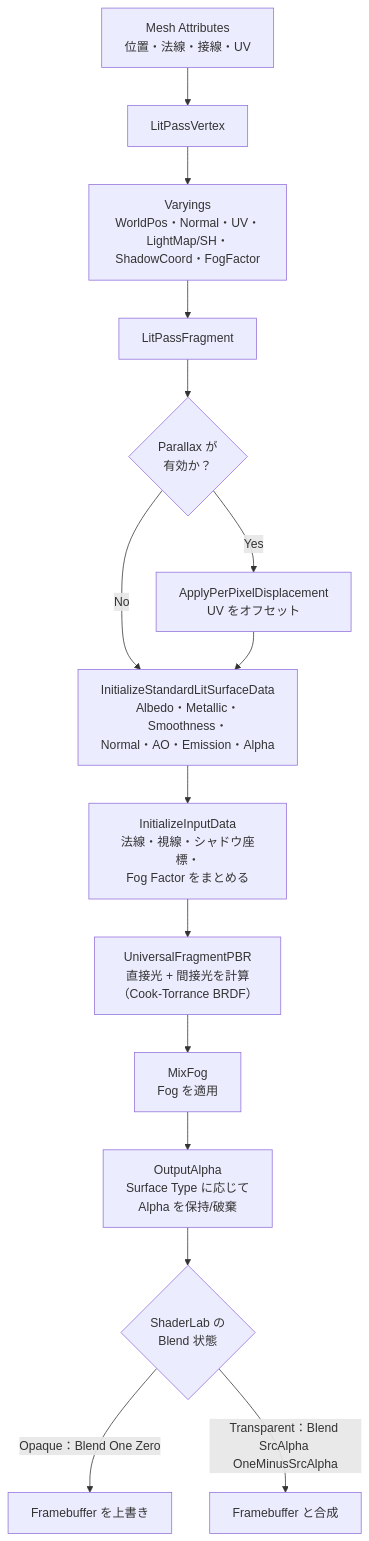
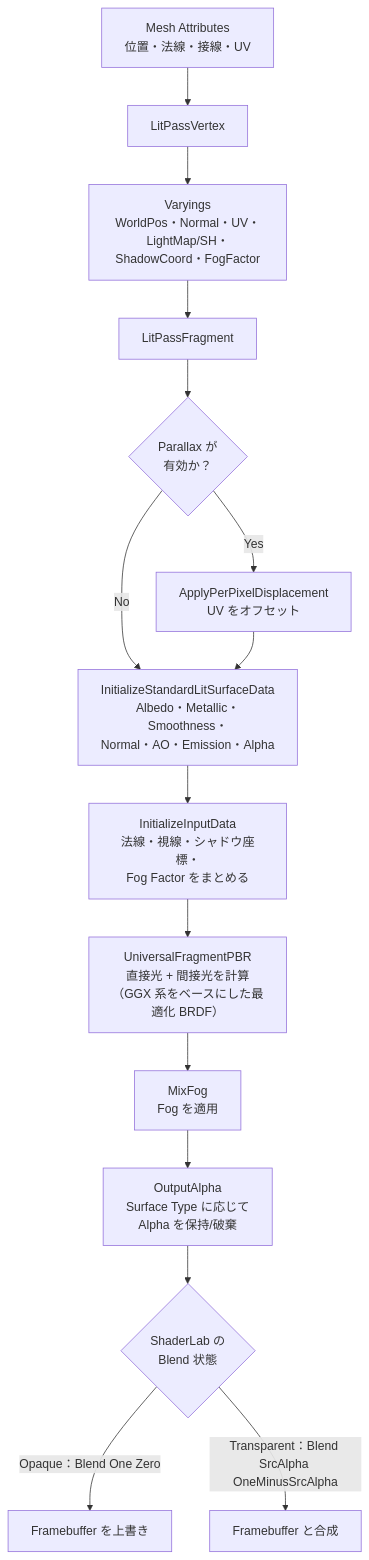
One commit to jshimura-DAS/urp_ShaderProgramming changed the second of 2 diagrams in Docs/Chapter06.md. Above: the diagram before and after it, drawn with Mermaid. The commit also changed other lines of this file and 1 other file, not shown here.

````diff
--- a/Docs/Chapter06.md
+++ b/Docs/Chapter06.md
@@ -161,22 +178,22 @@
 ```mermaid
 flowchart TD
     V0[Mesh Attributes<br/>位置・法線・接線・UV] --> V1[LitPassVertex]
     V1 --> V2[Varyings<br/>WorldPos・Normal・UV・<br/>LightMap/SH・ShadowCoord・FogFactor]
     V2 --> F1[LitPassFragment]
 
     F1 --> F2{Parallax が<br/>有効か？}
     F2 -->|Yes| F3[ApplyPerPixelDisplacement<br/>UV をオフセット]
     F2 -->|No| F4
     F3 --> F4[InitializeStandardLitSurfaceData<br/>Albedo・Metallic・Smoothness・<br/>Normal・AO・Emission・Alpha]
 
     F4 --> F5[InitializeInputData<br/>法線・視線・シャドウ座標・<br/>Fog Factor をまとめる]
 
-    F5 --> F6[UniversalFragmentPBR<br/>直接光 + 間接光を計算<br/>（Cook-Torrance BRDF）]
+    F5 --> F6[UniversalFragmentPBR<br/>直接光 + 間接光を計算<br/>（GGX 系をベースにした最適化 BRDF）]
 
     F6 --> F7[MixFog<br/>Fog を適用]
     F7 --> F8[OutputAlpha<br/>Surface Type に応じて<br/>Alpha を保持/破棄]
 
     F8 --> B1{ShaderLab の<br/>Blend 状態}
     B1 -->|Opaque：Blend One Zero| B2[Framebuffer を上書き]
     B1 -->|Transparent：Blend SrcAlpha OneMinusSrcAlpha| B3[Framebuffer と合成]
 ```
````
